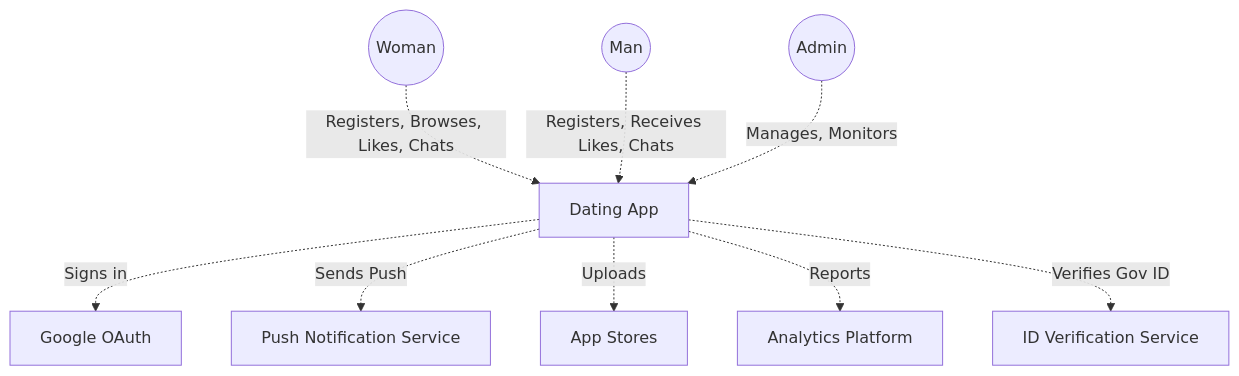
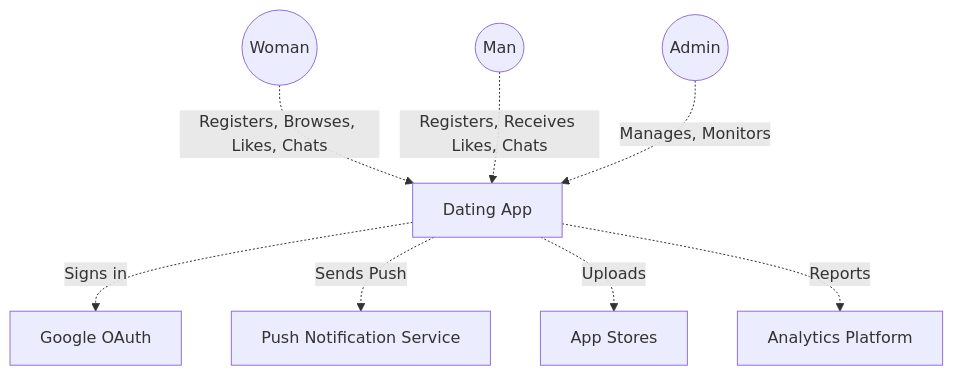
One commit to cheetah-org/fold-design changed the diagram in context-diagram.md. Above: the diagram before and after it, drawn with Mermaid. The commit also changed 12 other files, not shown here.

First line of the commit message:
Sync ER diagram with API specs, replace city with location/region, fix cross-doc errors

````diff
--- a/context-diagram.md
+++ b/context-diagram.md
@@ -1,17 +1,15 @@
 ```mermaid
 graph TD
     Woman((Woman))
     Man((Man))
     Admin((Admin))
     
     Woman -.-> |Registers, Browses, Likes, Chats| DatingApp[Dating App]
     Man -.-> |Registers, Receives Likes, Chats| DatingApp[Dating App]
     Admin -.-> |Manages, Monitors| DatingApp[Dating App]
     
     DatingApp -.-> |Signs in| Google[Google OAuth] 
     DatingApp -.-> |Sends Push| Push[Push Notification Service]
     DatingApp -.-> |Uploads| AppStore[App Stores]
     DatingApp -.-> |Reports| Analytics[Analytics Platform]
-    
-    DatingApp -.-> |Verifies Gov ID| IDVerification[ID Verification Service]
 ```
````
